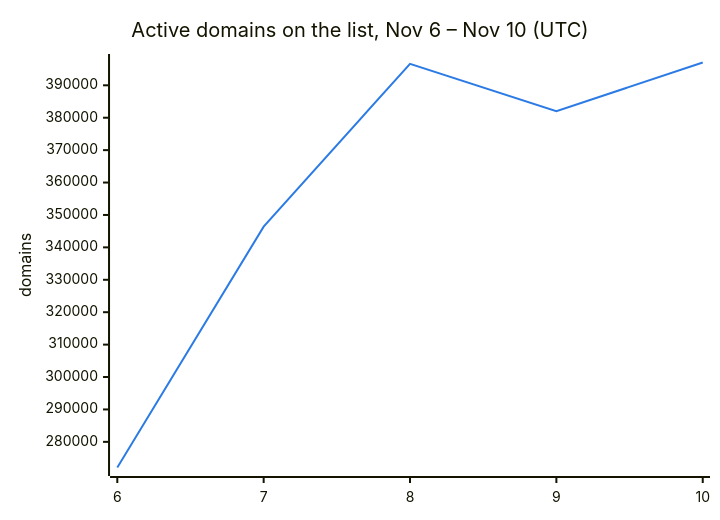
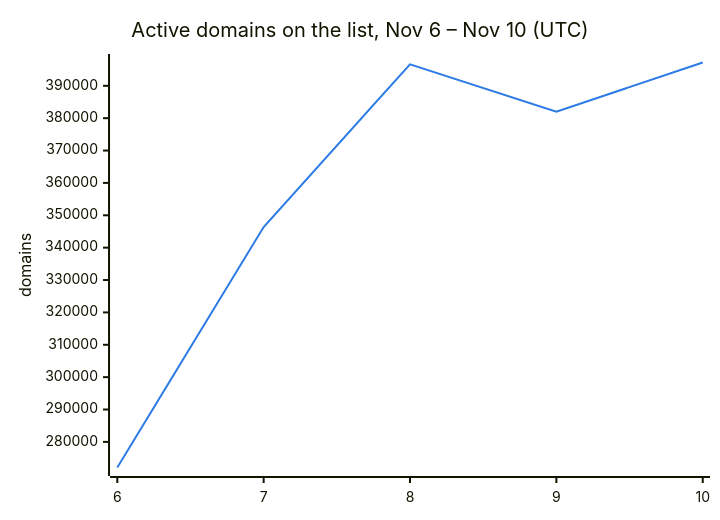
The second of 3 diagrams in README.md (DNSBunker/CTI), drawn with Mermaid before and after one commit. The commit also changed other lines of this file and 3 other files, not shown here.

````diff
--- a/README.md
+++ b/README.md
@@ -38,8 +38,8 @@
 ```mermaid
 %%{init: {"themeVariables": {"xyChart": {"plotColorPalette": "#2c7be5"}}}}%%
 xychart-beta
     title "Active domains on the list, Nov 6 – Nov 10 (UTC)"
     x-axis ["6", "7", "8", "9", "10"]
     y-axis "domains"
-    line [272088, 346388, 396638, 382009, 397035]
+    line [272088, 346388, 396638, 382009, 397198]
 ```
````
